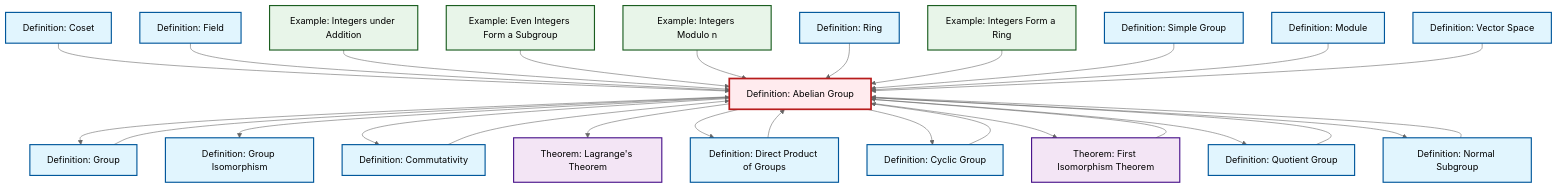
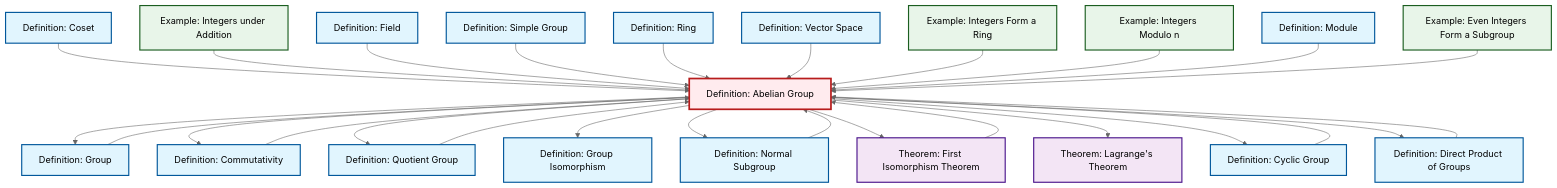
Before and after one commit to RK0429/ModernMath: the diagram in content/ja/algebra/def-abelian-group.qmd, drawn with Mermaid (neutral theme). The commit also changed other lines of this file and 619 other files, not shown here.

````diff
--- a/content/ja/algebra/def-abelian-group.qmd
+++ b/content/ja/algebra/def-abelian-group.qmd
@@ -104,75 +104,75 @@
 ```{mermaid}
 %%| fig-cap: "Local dependency graph"
 graph TD
     classDef definition fill:#e1f5fe,stroke:#01579b,stroke-width:2px
     classDef theorem fill:#f3e5f5,stroke:#4a148c,stroke-width:2px
     classDef axiom fill:#fff3e0,stroke:#e65100,stroke-width:2px
     classDef example fill:#e8f5e9,stroke:#1b5e20,stroke-width:2px
     classDef current fill:#ffebee,stroke:#b71c1c,stroke-width:3px
-    ex-quotient-integers-mod-n["Example: Integers Modulo n"]:::example
-    def-normal-subgroup["Definition: Normal Subgroup"]:::definition
-    thm-first-isomorphism["Theorem: First Isomorphism Theorem"]:::theorem
-    def-direct-product["Definition: Direct Product of Groups"]:::definition
-    ex-even-integers-subgroup["Example: Even Integers Form a Subgroup"]:::example
-    def-cyclic-group["Definition: Cyclic Group"]:::definition
     ex-integers-addition["Example: Integers under Addition"]:::example
     def-isomorphism["Definition: Group Isomorphism"]:::definition
-    def-group["Definition: Group"]:::definition
-    thm-lagrange["Theorem: Lagrange's Theorem"]:::theorem
-    def-coset["Definition: Coset"]:::definition
-    def-field["Definition: Field"]:::definition
     def-commutativity["Definition: Commutativity"]:::definition
-    def-quotient-group["Definition: Quotient Group"]:::definition
-    def-simple-group["Definition: Simple Group"]:::definition
+    ex-integers-ring["Example: Integers Form a Ring"]:::example
     def-module["Definition: Module"]:::definition
     def-vector-space["Definition: Vector Space"]:::definition
+    def-normal-subgroup["Definition: Normal Subgroup"]:::definition
+    def-cyclic-group["Definition: Cyclic Group"]:::definition
+    ex-quotient-integers-mod-n["Example: Integers Modulo n"]:::example
+    def-field["Definition: Field"]:::definition
+    def-simple-group["Definition: Simple Group"]:::definition
+    ex-even-integers-subgroup["Example: Even Integers Form a Subgroup"]:::example
     def-ring["Definition: Ring"]:::definition
+    def-direct-product["Definition: Direct Product of Groups"]:::definition
     def-abelian-group["Definition: Abelian Group"]:::definition
-    ex-integers-ring["Example: Integers Form a Ring"]:::example
+    thm-lagrange["Theorem: Lagrange's Theorem"]:::theorem
+    def-group["Definition: Group"]:::definition
+    thm-first-isomorphism["Theorem: First Isomorphism Theorem"]:::theorem
+    def-quotient-group["Definition: Quotient Group"]:::definition
+    def-coset["Definition: Coset"]:::definition
+    def-abelian-group --> def-group
+    def-abelian-group --> def-commutativity
+    def-abelian-group --> def-quotient-group
+    def-direct-product --> def-abelian-group
+    def-abelian-group --> def-isomorphism
+    def-abelian-group --> def-normal-subgroup
     def-coset --> def-abelian-group
-    def-direct-product --> def-abelian-group
-    def-abelian-group --> def-group
+    ex-integers-addition --> def-abelian-group
     def-field --> def-abelian-group
-    ex-integers-addition --> def-abelian-group
+    def-simple-group --> def-abelian-group
+    def-ring --> def-abelian-group
+    def-cyclic-group --> def-abelian-group
+    def-vector-space --> def-abelian-group
+    def-abelian-group --> thm-first-isomorphism
+    ex-integers-ring --> def-abelian-group
+    ex-quotient-integers-mod-n --> def-abelian-group
+    thm-first-isomorphism --> def-abelian-group
+    def-abelian-group --> thm-lagrange
+    def-quotient-group --> def-abelian-group
+    def-abelian-group --> def-cyclic-group
+    def-module --> def-abelian-group
+    def-normal-subgroup --> def-abelian-group
     ex-even-integers-subgroup --> def-abelian-group
-    def-abelian-group --> def-isomorphism
-    def-normal-subgroup --> def-abelian-group
-    def-abelian-group --> def-commutativity
-    def-abelian-group --> thm-lagrange
-    ex-quotient-integers-mod-n --> def-abelian-group
+    def-commutativity --> def-abelian-group
+    def-group --> def-abelian-group
     def-abelian-group --> def-direct-product
-    def-abelian-group --> def-cyclic-group
-    thm-first-isomorphism --> def-abelian-group
-    def-ring --> def-abelian-group
-    ex-integers-ring --> def-abelian-group
-    def-commutativity --> def-abelian-group
-    def-cyclic-group --> def-abelian-group
-    def-simple-group --> def-abelian-group
-    def-quotient-group --> def-abelian-group
-    def-abelian-group --> thm-first-isomorphism
-    def-group --> def-abelian-group
-    def-abelian-group --> def-quotient-group
-    def-module --> def-abelian-group
-    def-vector-space --> def-abelian-group
-    def-abelian-group --> def-normal-subgroup
     class def-abelian-group current
-    click ex-quotient-integers-mod-n "ex-quotient-integers-mod-n.html" "Example: Integers Modulo nへ"
-    click def-normal-subgroup "def-normal-subgroup.html" "Definition: Normal Subgroupへ"
-    click thm-first-isomorphism "thm-first-isomorphism.html" "Theorem: First Isomorphism Theoremへ"
-    click def-direct-product "def-direct-product.html" "Definition: Direct Product of Groupsへ"
-    click ex-even-integers-subgroup "ex-even-integers-subgroup.html" "Example: Even Integers Form a Subgroupへ"
-    click def-cyclic-group "def-cyclic-group.html" "Definition: Cyclic Groupへ"
     click ex-integers-addition "ex-integers-addition.html" "Example: Integers under Additionへ"
     click def-isomorphism "def-isomorphism.html" "Definition: Group Isomorphismへ"
-    click def-group "def-group.html" "Definition: Groupへ"
-    click thm-lagrange "thm-lagrange.html" "Theorem: Lagrange's Theoremへ"
-    click def-coset "def-coset.html" "Definition: Cosetへ"
-    click def-field "def-field.html" "Definition: Fieldへ"
     click def-commutativity "def-commutativity.html" "Definition: Commutativityへ"
-    click def-quotient-group "def-quotient-group.html" "Definition: Quotient Groupへ"
-    click def-simple-group "def-simple-group.html" "Definition: Simple Groupへ"
+    click ex-integers-ring "ex-integers-ring.html" "Example: Integers Form a Ringへ"
     click def-module "def-module.html" "Definition: Moduleへ"
     click def-vector-space "def-vector-space.html" "Definition: Vector Spaceへ"
+    click def-normal-subgroup "def-normal-subgroup.html" "Definition: Normal Subgroupへ"
+    click def-cyclic-group "def-cyclic-group.html" "Definition: Cyclic Groupへ"
+    click ex-quotient-integers-mod-n "ex-quotient-integers-mod-n.html" "Example: Integers Modulo nへ"
+    click def-field "def-field.html" "Definition: Fieldへ"
+    click def-simple-group "def-simple-group.html" "Definition: Simple Groupへ"
+    click ex-even-integers-subgroup "ex-even-integers-subgroup.html" "Example: Even Integers Form a Subgroupへ"
     click def-ring "def-ring.html" "Definition: Ringへ"
-    click ex-integers-ring "ex-integers-ring.html" "Example: Integers Form a Ringへ"
+    click def-direct-product "def-direct-product.html" "Definition: Direct Product of Groupsへ"
+    click thm-lagrange "thm-lagrange.html" "Theorem: Lagrange's Theoremへ"
+    click def-group "def-group.html" "Definition: Groupへ"
+    click thm-first-isomorphism "thm-first-isomorphism.html" "Theorem: First Isomorphism Theoremへ"
+    click def-quotient-group "def-quotient-group.html" "Definition: Quotient Groupへ"
+    click def-coset "def-coset.html" "Definition: Cosetへ"
 ```
````
